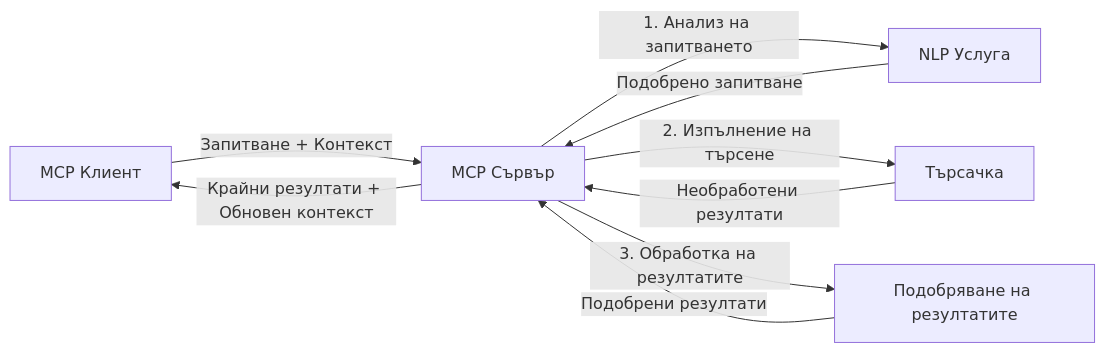
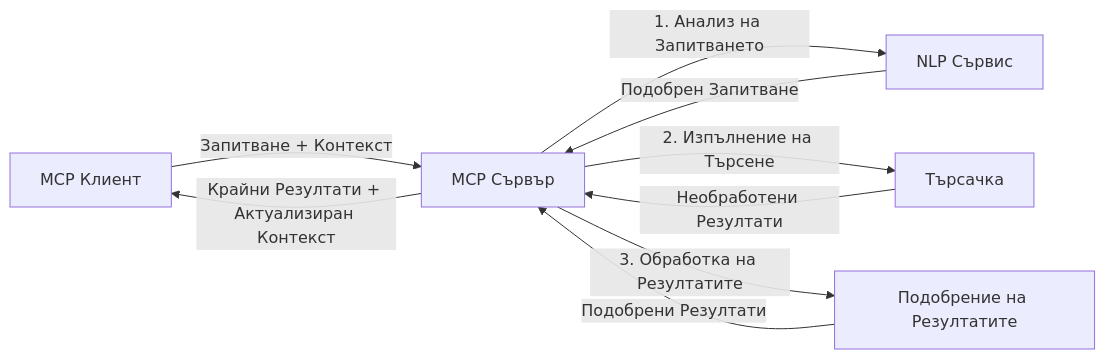
The fourth of 4 diagrams in translations/bg/05-AdvancedTopics/mcp-realtimesearch/README.md (microsoft/mcp-for-beginners), drawn with Mermaid before and after one commit. The commit also changed other lines of this file and 145 other files, not shown here.

````diff
--- a/translations/bg/05-AdvancedTopics/mcp-realtimesearch/README.md
+++ b/translations/bg/05-AdvancedTopics/mcp-realtimesearch/README.md
@@ -626,11 +628,11 @@
 ```mermaid
 graph LR
     Client[MCP Клиент] --> |Запитване + Контекст| Server[MCP Сървър]
-    Server --> |1. Анализ на запитването| NLP[NLP Услуга]
-    NLP --> |Подобрено запитване| Server
-    Server --> |2. Изпълнение на търсене| Search[Търсачка]
-    Search --> |Необработени резултати| Server
-    Server --> |3. Обработка на резултатите| Enhancement[Подобряване на резултатите]
-    Enhancement --> |Подобрени резултати| Server
-    Server --> |Крайни резултати + Обновен контекст| Client
+    Server --> |1. Анализ на Запитването| NLP[NLP Сървис]
+    NLP --> |Подобрен Запитване| Server
+    Server --> |2. Изпълнение на Търсене| Search[Търсачка]
+    Search --> |Необработени Резултати| Server
+    Server --> |3. Обработка на Резултатите| Enhancement[Подобрение на Резултатите]
+    Enhancement --> |Подобрени Резултати| Server
+    Server --> |Крайни Резултати + Актуализиран Контекст| Client
 ```
````
